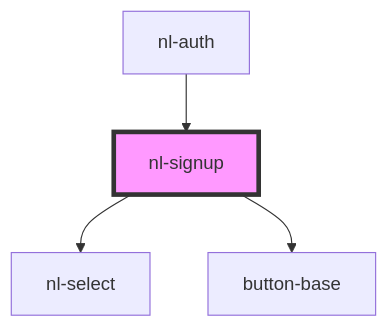
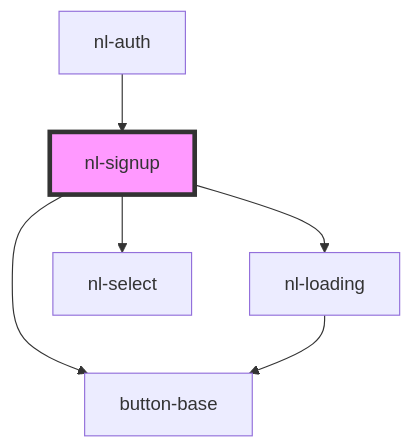
One commit to nostrband/nostr-login changed the diagram in packages/components/src/components/nl-signup/readme.md. Above: the diagram before and after it, drawn with Mermaid. The commit also changed other lines of this file and 7 other files, not shown here.

````diff
--- a/packages/components/src/components/nl-signup/readme.md
+++ b/packages/components/src/components/nl-signup/readme.md
@@ -37,7 +39,9 @@
 ```mermaid
 graph TD;
+  nl-signup --> nl-loading
   nl-signup --> nl-select
   nl-signup --> button-base
+  nl-loading --> button-base
   nl-auth --> nl-signup
   style nl-signup fill:#f9f,stroke:#333,stroke-width:4px
 ```
````
